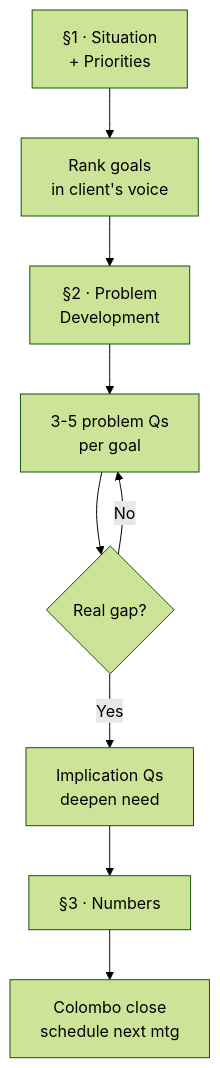
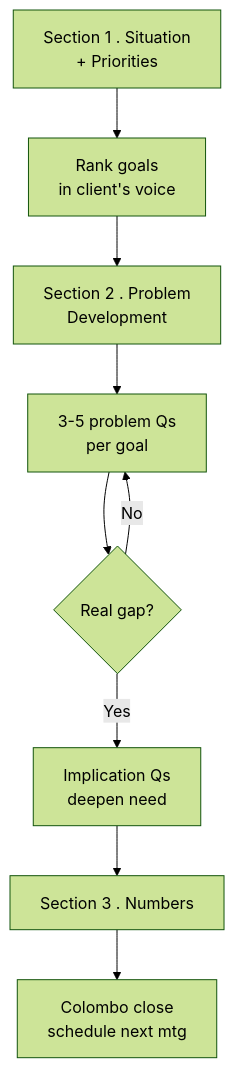
One commit to leotansingapore/aia-product-compass-hub changed the first of 2 diagrams in docs/first-60-days/week-9/day-50.md. Above: the diagram before and after it, drawn with Mermaid (forest theme). The commit also changed other lines of this file and 75 other files, not shown here.

````diff
--- a/docs/first-60-days/week-9/day-50.md
+++ b/docs/first-60-days/week-9/day-50.md
@@ -70,10 +70,10 @@
 ```mermaid
 flowchart TD
-    A["§1 · Situation<br/>+ Priorities"] --> B["Rank goals<br/>in client's voice"]
-    B --> C["§2 · Problem<br/>Development"]
+    A["Section 1 . Situation<br/>+ Priorities"] --> B["Rank goals<br/>in client's voice"]
+    B --> C["Section 2 . Problem<br/>Development"]
     C --> D["3-5 problem Qs<br/>per goal"]
     D --> E{"Real gap?"}
     E -- No --> D
     E -- Yes --> F["Implication Qs<br/>deepen need"]
-    F --> G["§3 · Numbers"] --> H["Colombo close<br/>schedule next mtg"]
+    F --> G["Section 3 . Numbers"] --> H["Colombo close<br/>schedule next mtg"]
 ```
````
